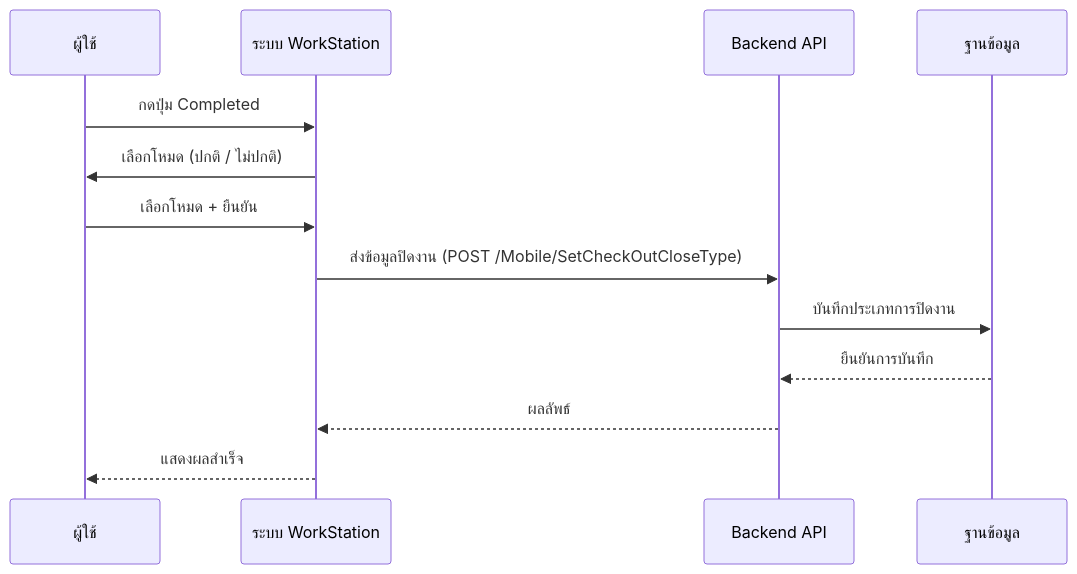
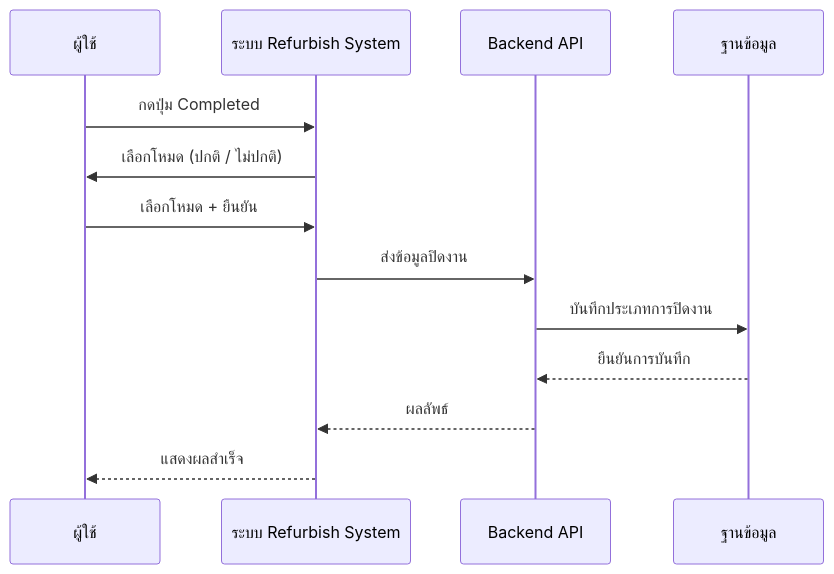
One commit to akkdach/pro-iot-mobile changed the fourth of 8 diagrams in docs/WorkStation_SequenceDiagram.md. Above: the diagram before and after it, drawn with Mermaid. The commit also changed other lines of this file and 10 other files, not shown here.

````diff
--- a/docs/WorkStation_SequenceDiagram.md
+++ b/docs/WorkStation_SequenceDiagram.md
@@ -69,16 +69,16 @@
 ```mermaid
 sequenceDiagram
     participant U as ผู้ใช้
-    participant WS as ระบบ WorkStation
+    participant WS as ระบบ Refurbish System
     participant API as Backend API
     participant DB as ฐานข้อมูล
 
     U->>WS: กดปุ่ม Completed
     WS->>U: เลือกโหมด (ปกติ / ไม่ปกติ)
     U->>WS: เลือกโหมด + ยืนยัน
-    WS->>API: ส่งข้อมูลปิดงาน (POST /Mobile/SetCheckOutCloseType)
+    WS->>API: ส่งข้อมูลปิดงาน
     API->>DB: บันทึกประเภทการปิดงาน
     DB-->>API: ยืนยันการบันทึก
     API-->>WS: ผลลัพธ์
     WS-->>U: แสดงผลสำเร็จ
 ```
````
